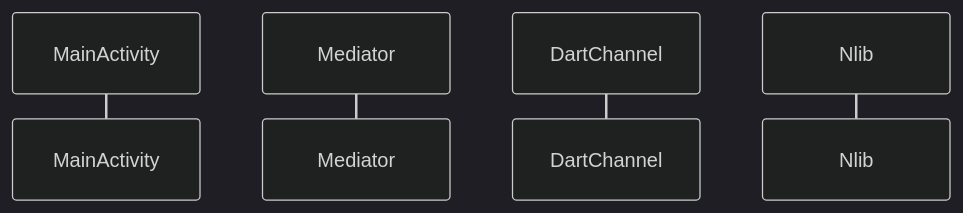
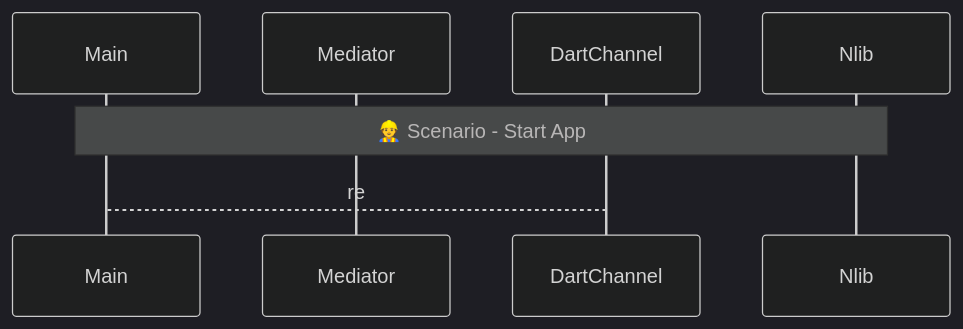
One commit to gordianknotC/nxp_note changed the first of 6 diagrams in flutter/android_to_flutter.md. Above: the diagram before and after it, drawn with Mermaid (dark theme). The commit also changed other lines of this file, not shown here.

Commit message:
flutter/android_to_flutter.md updated from https://stackedit.io/

````diff
--- a/flutter/android_to_flutter.md
+++ b/flutter/android_to_flutter.md
@@ -4,11 +4,11 @@
 ```mermaid
 sequenceDiagram
-participant MainActivity
+participant Main
 participant Mediator
 participant DartChannel
 participant Nlib
 
-
-
+Note over Main, Nlib: 👷 Scenario - Start App
+Main --> DartChannel: re
 
 ```
````
